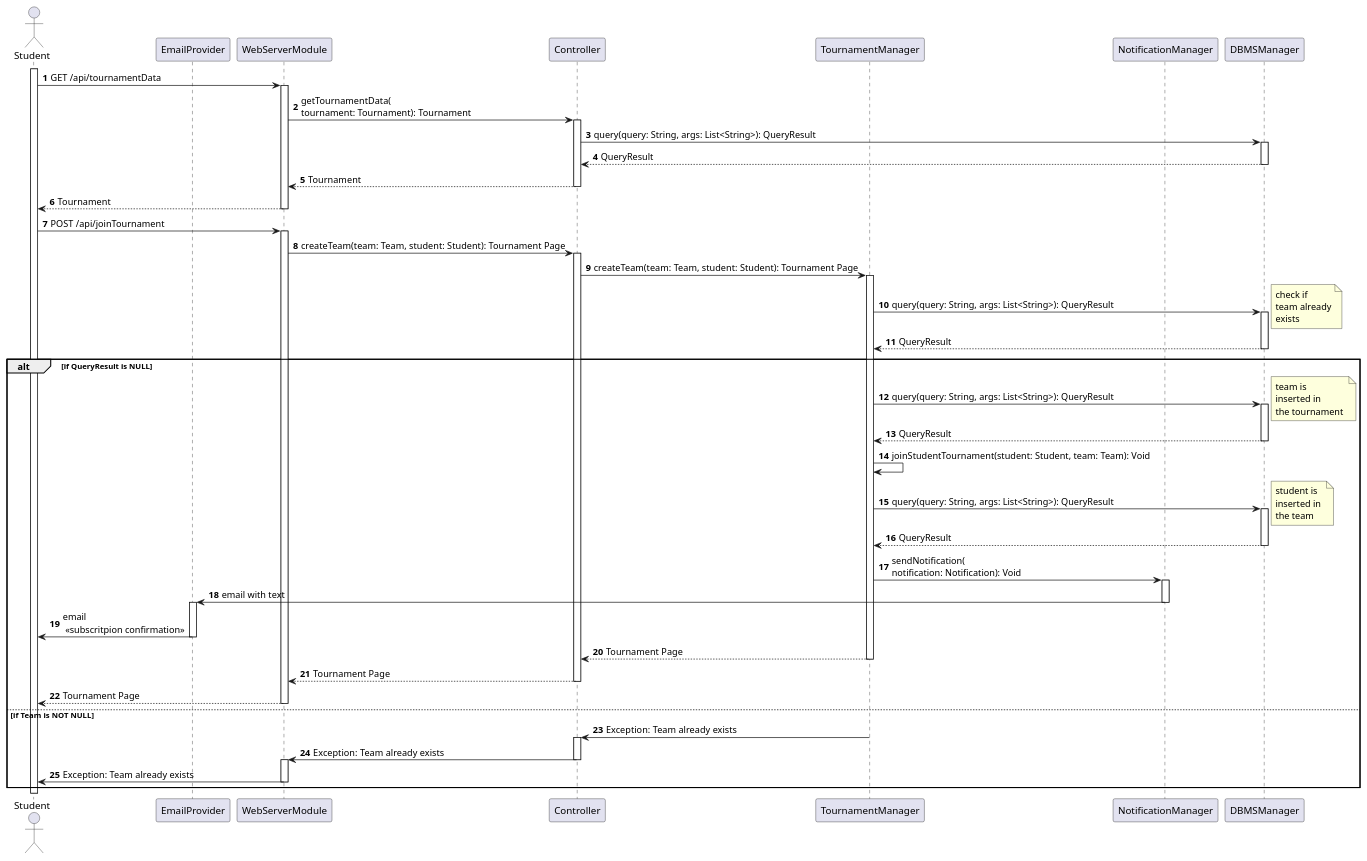
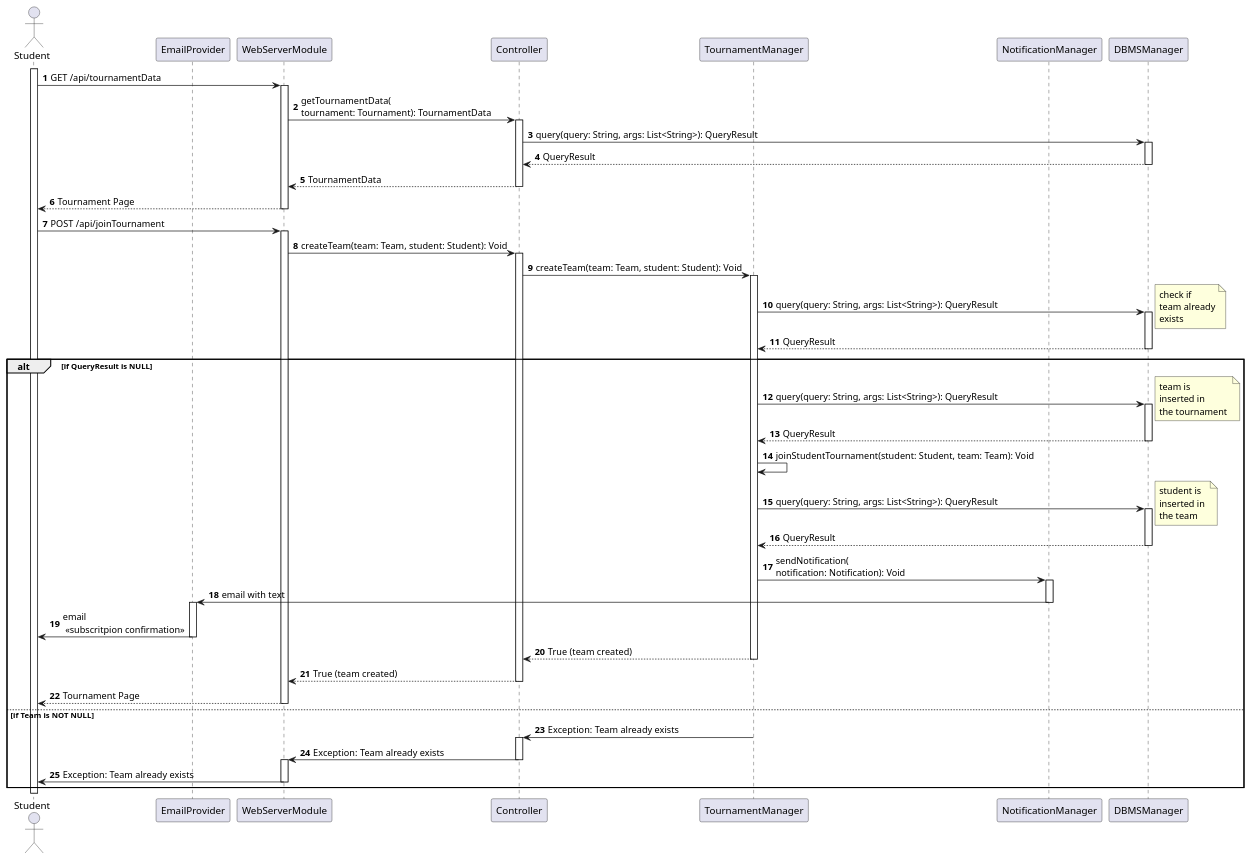
One commit to Angelo7672/SE2_Requirement-and-Design-Document changed the diagram in _DD/Images/sequenceDiagrams/joinATournament.wsd. Above: the diagram before and after it, drawn with PlantUML. The commit also changed 5 other files, not shown here.

```diff
--- a/_DD/Images/sequenceDiagrams/joinATournament.wsd
+++ b/_DD/Images/sequenceDiagrams/joinATournament.wsd
@@ -1,84 +1,84 @@
 @startuml
 
 autonumber
 
 actor Student as S
 participant EmailProvider as EP
 participant WebServerModule as WS
 participant Controller as C
 participant TournamentManager as TM
 participant NotificationManager as NM
 participant DBMSManager as DBMSM
 
 activate S
 S -> WS: GET /api/tournamentData
 activate WS
-WS -> C: getTournamentData(\ntournament: Tournament): Tournament
+WS -> C: getTournamentData(\ntournament: Tournament): TournamentData
 activate C
 C -> DBMSM: query(query: String, args: List<String>): QueryResult
 activate DBMSM
 DBMSM --> C: QueryResult
 deactivate DBMSM
-C --> WS: Tournament
+C --> WS: TournamentData
 deactivate C
-WS --> S: Tournament
+WS --> S: Tournament Page
 deactivate WS
 S -> WS: POST /api/joinTournament
 activate WS
-WS -> C: createTeam(team: Team, student: Student): Tournament Page
+WS -> C: createTeam(team: Team, student: Student): Void
 activate C
-C -> TM: createTeam(team: Team, student: Student): Tournament Page
+C -> TM: createTeam(team: Team, student: Student): Void
 activate TM
 TM -> DBMSM: query(query: String, args: List<String>): QueryResult
 note right
     check if 
     team already
     exists
 end note
 activate DBMSM
 DBMSM --> TM: QueryResult
 deactivate DBMSM
 alt if QueryResult is NULL
     TM -> DBMSM: query(query: String, args: List<String>): QueryResult
     activate DBMSM
     note right
         team is 
         inserted in 
         the tournament 
     end note
     DBMSM --> TM: QueryResult
     deactivate DBMSM
     TM -> TM: joinStudentTournament(student: Student, team: Team): Void
     TM -> DBMSM: query(query: String, args: List<String>): QueryResult
     activate DBMSM
     note right
         student is 
         inserted in 
         the team 
     end note
     DBMSM --> TM: QueryResult
     deactivate DBMSM
     TM -> NM: sendNotification(\nnotification: Notification): Void
     activate NM
     NM -> EP: email with text
     deactivate NM
     activate EP
     EP -> S: email\n <<subscritpion confirmation>>
     deactivate EP
-    TM --> C: Tournament Page
+    TM --> C: True (team created)
     deactivate TM
-    C --> WS: Tournament Page
+    C --> WS: True (team created)
     deactivate C
     WS --> S: Tournament Page
     deactivate WS
 else if Team is NOT NULL
     TM -> C: Exception: Team already exists
     activate C
     C -> WS: Exception: Team already exists
     deactivate C
     activate WS
     WS -> S: Exception: Team already exists
     deactivate WS
 end
 
 @enduml
```
